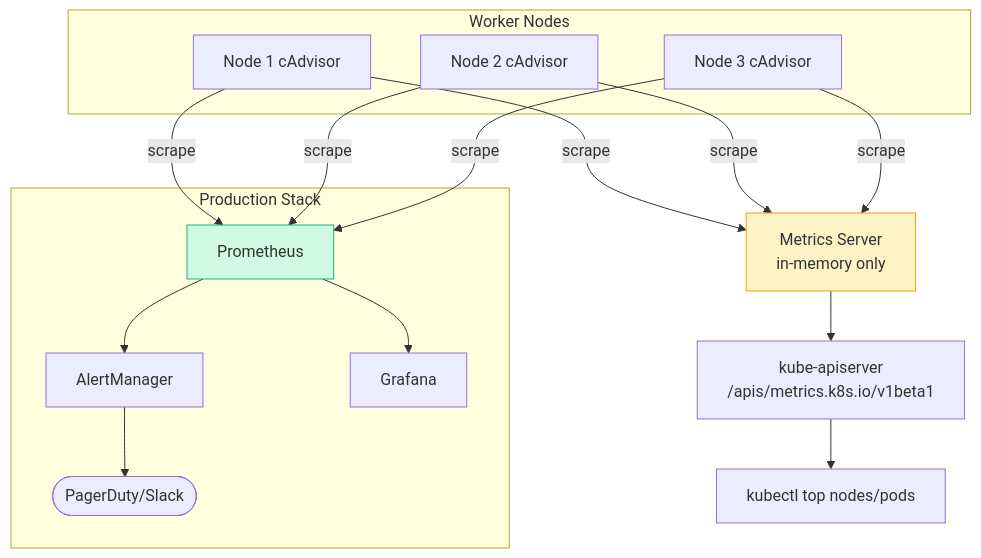
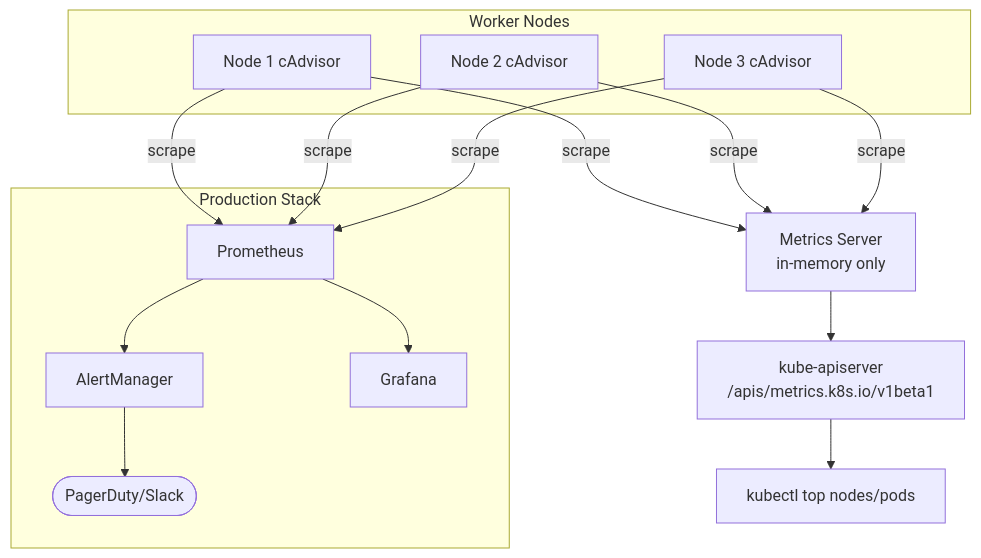
The first of 6 diagrams in content/cka/10-logging-monitoring/overview/overview.md (Gautam4424/k8slearn-content), drawn with Mermaid before and after one commit. The commit also changed other lines of this file and 40 other files, not shown here.

Commit message:
chore: fix mermaid style regex

````diff
--- a/content/cka/10-logging-monitoring/overview/overview.md
+++ b/content/cka/10-logging-monitoring/overview/overview.md
@@ -17,19 +17,17 @@
 ```mermaid
 flowchart TD
     subgraph Nodes["Worker Nodes"]
         N1["Node 1 cAdvisor"]
         N2["Node 2 cAdvisor"]
         N3["Node 3 cAdvisor"]
     end
     MS["Metrics Server\nin-memory only"]
     API["kube-apiserver\n/apis/metrics.k8s.io/v1beta1"]
     TOP["kubectl top nodes/pods"]
     subgraph PROD["Production Stack"]
         PROM["Prometheus"] --> ALERT["AlertManager"] --> NOTIF(["PagerDuty/Slack"])
         PROM --> GRAFANA["Grafana"]
     end
     N1 & N2 & N3 -->|scrape| MS --> API --> TOP
     N1 & N2 & N3 -->|scrape| PROM
-    style MS fill:#fef3c7,stroke:#f59e0b
-    style PROM fill:#d1fae5,stroke:#10b981
 ```
````
